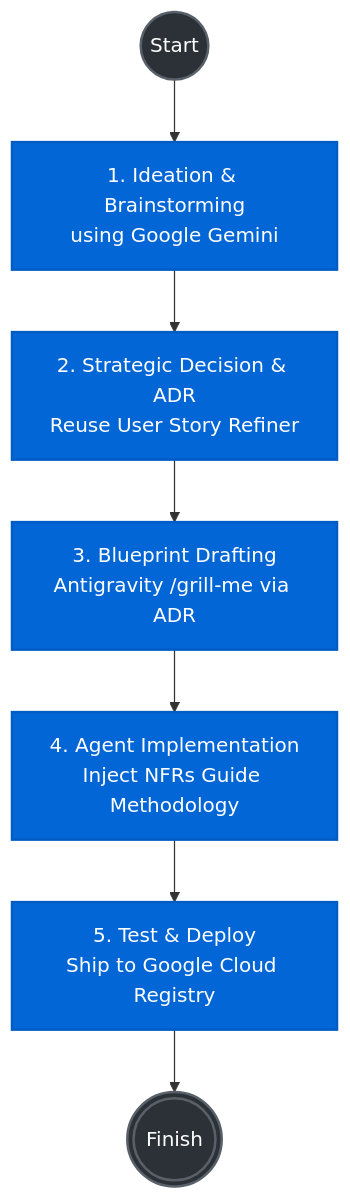
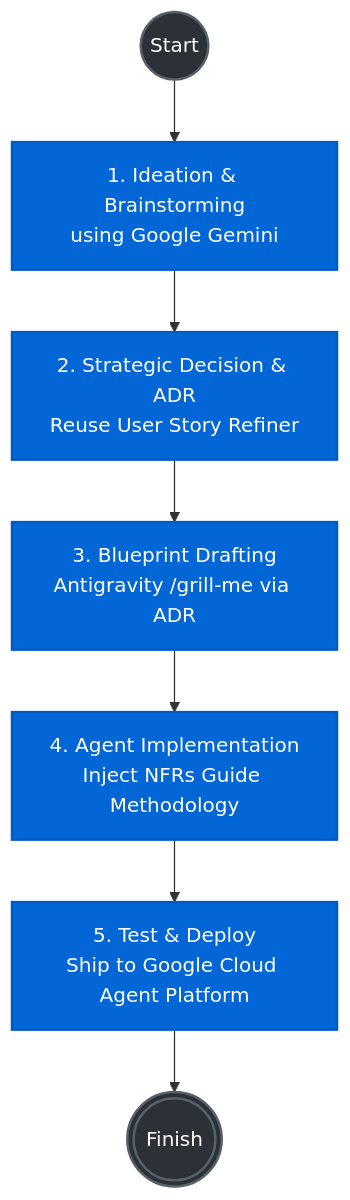
Before and after one commit to evarga/nfr-refiner: the diagram in README.md, drawn with Mermaid. The commit also changed other lines of this file, not shown here.

Commit message:
Improve project documentation.

````diff
--- a/README.md
+++ b/README.md
@@ -113,18 +111,18 @@
 ```mermaid
 flowchart TD
     Start((Start)) --> A
     
     A[1. Ideation & Brainstorming<br/>using Google Gemini] --> B
     B[2. Strategic Decision & ADR<br/>Reuse User Story Refiner] --> C
     C[3. Blueprint Drafting<br/>Antigravity /grill-me via ADR] --> D
     D[4. Agent Implementation<br/>Inject NFRs Guide Methodology] --> E
-    E[5. Test & Deploy<br/>Ship to Google Cloud Registry]
+    E[5. Test & Deploy<br/>Ship to Google Cloud Agent Platform]
     
     E --> Finish(((Finish)))
 
     classDef default fill:#2b3137,stroke:#586069,stroke-width:2px,color:#fff;
     classDef highlight fill:#0366d6,stroke:#005cc5,stroke-width:2px,color:#fff;
     class A,B,C,D,E highlight;
     class Start,Finish default;
 
 ```
````
